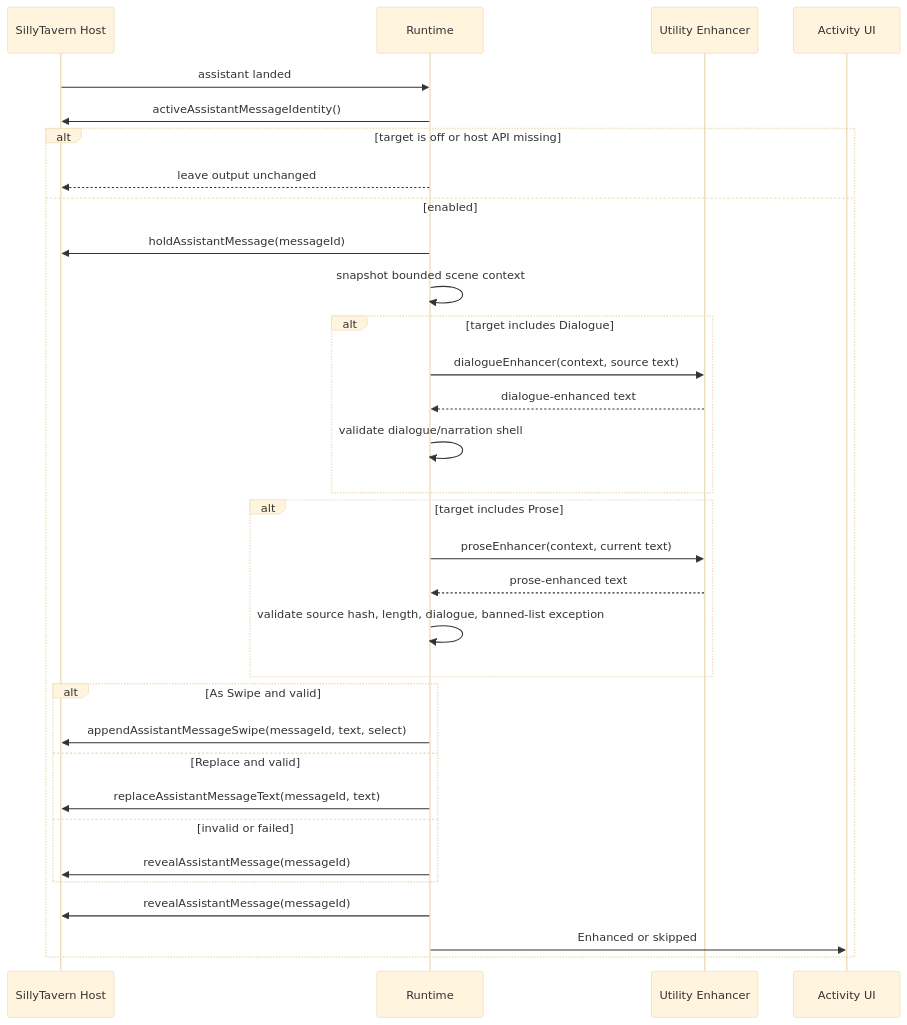
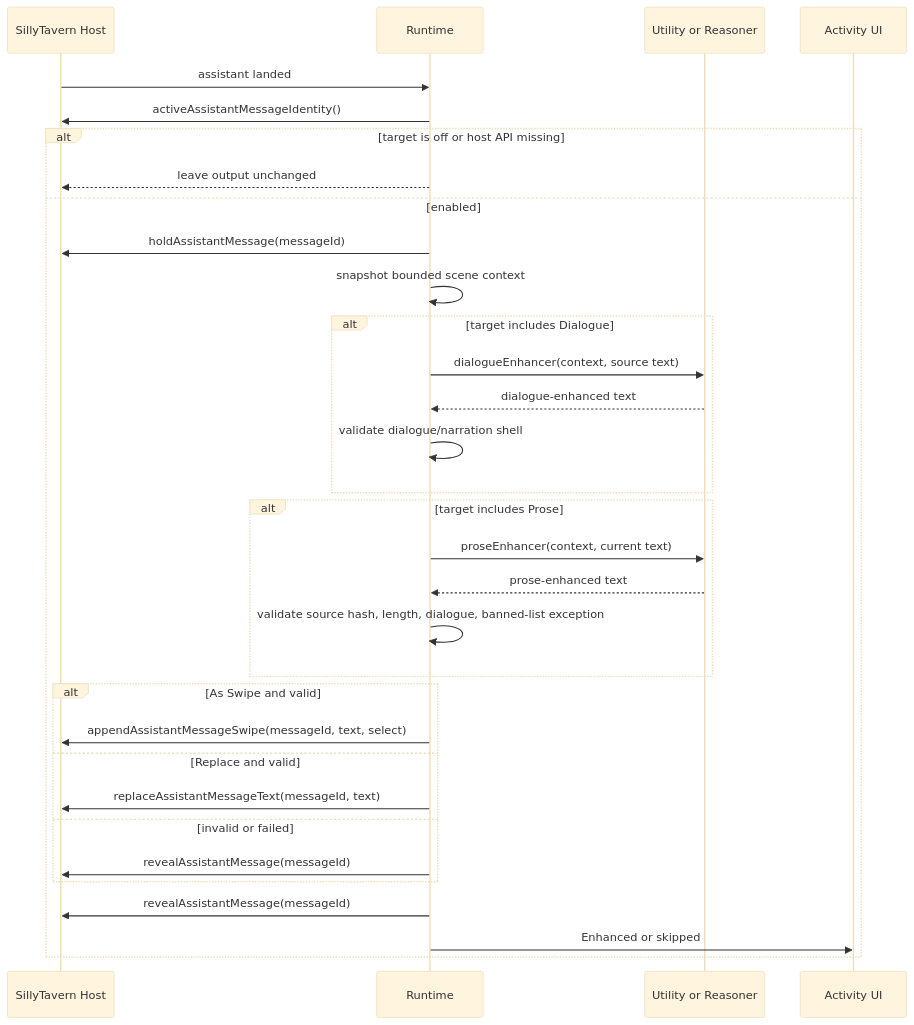
Before and after one commit to MentallyQuill/Recursion: the third of 5 diagrams in docs/technical/RUNTIME_TURN_SEQUENCE.md, drawn with Mermaid (base theme). The commit also changed other lines of this file and 15 other files, not shown here.

Commit message:
Document enhancement routing across Utility and Reasoner

````diff
--- a/docs/technical/RUNTIME_TURN_SEQUENCE.md
+++ b/docs/technical/RUNTIME_TURN_SEQUENCE.md
@@ -106,35 +106,35 @@
 ```mermaid
 sequenceDiagram
     participant Host as SillyTavern Host
     participant Runtime as Runtime
-    participant Utility as Utility Enhancer
+    participant EnhancementLane as Utility or Reasoner
     participant UI as Activity UI
 
     Host->>Runtime: assistant landed
     Runtime->>Host: activeAssistantMessageIdentity()
     alt target is off or host API missing
         Runtime-->>Host: leave output unchanged
     else enabled
         Runtime->>Host: holdAssistantMessage(messageId)
         Runtime->>Runtime: snapshot bounded scene context
         alt target includes Dialogue
-            Runtime->>Utility: dialogueEnhancer(context, source text)
-            Utility-->>Runtime: dialogue-enhanced text
+            Runtime->>EnhancementLane: dialogueEnhancer(context, source text)
+            EnhancementLane-->>Runtime: dialogue-enhanced text
             Runtime->>Runtime: validate dialogue/narration shell
         end
         alt target includes Prose
-            Runtime->>Utility: proseEnhancer(context, current text)
-            Utility-->>Runtime: prose-enhanced text
+            Runtime->>EnhancementLane: proseEnhancer(context, current text)
+            EnhancementLane-->>Runtime: prose-enhanced text
             Runtime->>Runtime: validate source hash, length, dialogue, banned-list exception
         end
         alt As Swipe and valid
             Runtime->>Host: appendAssistantMessageSwipe(messageId, text, select)
         else Replace and valid
             Runtime->>Host: replaceAssistantMessageText(messageId, text)
         else invalid or failed
             Runtime->>Host: revealAssistantMessage(messageId)
         end
         Runtime->>Host: revealAssistantMessage(messageId)
         Runtime->>UI: Enhanced or skipped
     end
 ```
````
